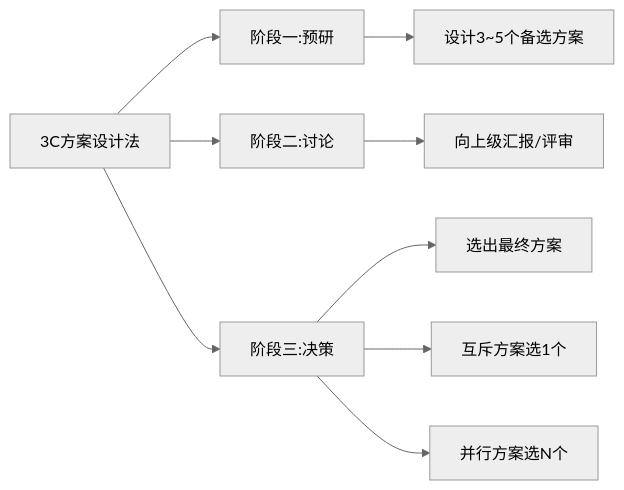
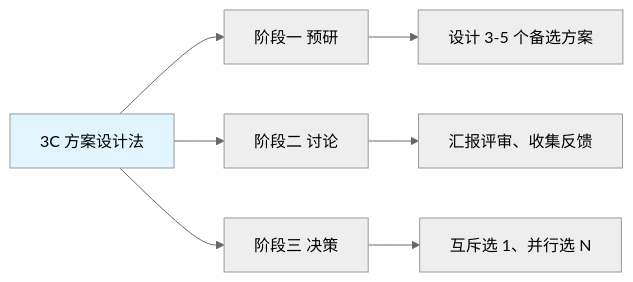
Before and after one commit to chongyang211/YCBookBlog: the diagram in packages/website/13.书籍/05.自我精进·成事/02.事前谋划/08.三种方案设计法.md, drawn with Mermaid (neutral theme). The commit also changed other lines of this file and 83 other files, not shown here.

````diff
--- a/packages/website/13.书籍/05.自我精进·成事/02.事前谋划/08.三种方案设计法.md
+++ b/packages/website/13.书籍/05.自我精进·成事/02.事前谋划/08.三种方案设计法.md
@@ -74,11 +82,10 @@
 ```mermaid
 graph LR
-    A[3C方案设计法] --> B[阶段一:预研]
-    B --> B1[设计3~5个备选方案]
-    A --> C[阶段二:讨论]
-    C --> C1[向上级汇报/评审]
-    A --> D[阶段三:决策]
-    D --> D1[选出最终方案]
-    D --> D2[互斥方案选1个]
-    D --> D3[并行方案选N个]
+    A[3C 方案设计法] --> B[阶段一 预研]
+    A --> C[阶段二 讨论]
+    A --> D[阶段三 决策]
+    B --> B1[设计 3-5 个备选方案]
+    C --> C1[汇报评审、收集反馈]
+    D --> D1[互斥选 1、并行选 N]
+    style A fill:#e1f5fe
 ```
````
